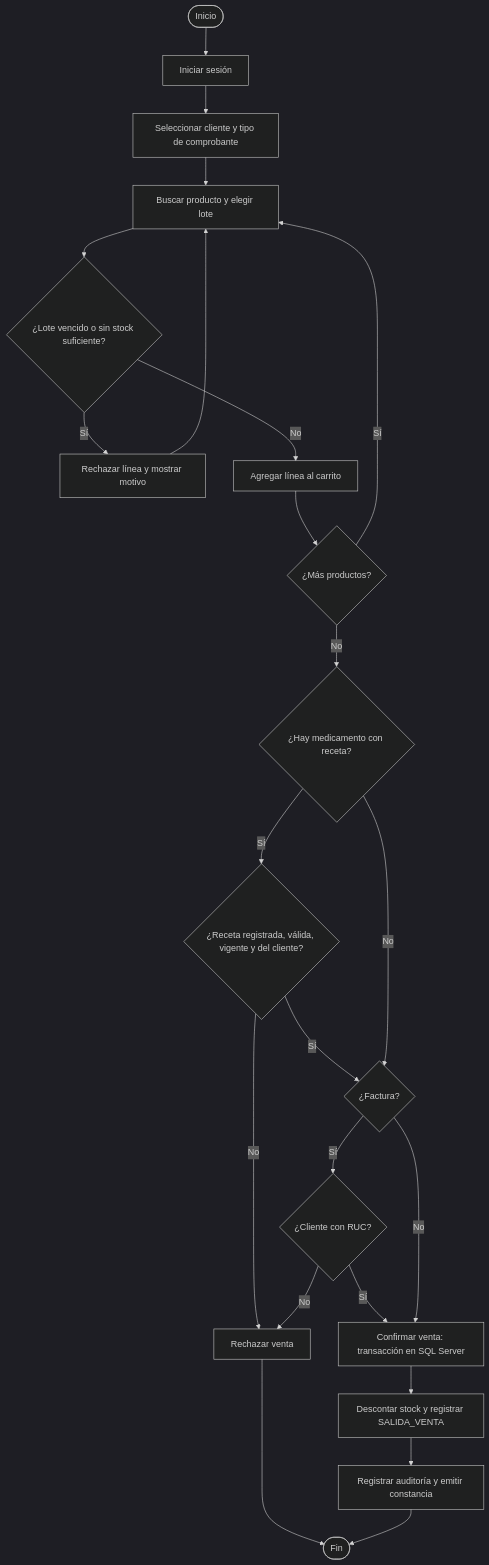
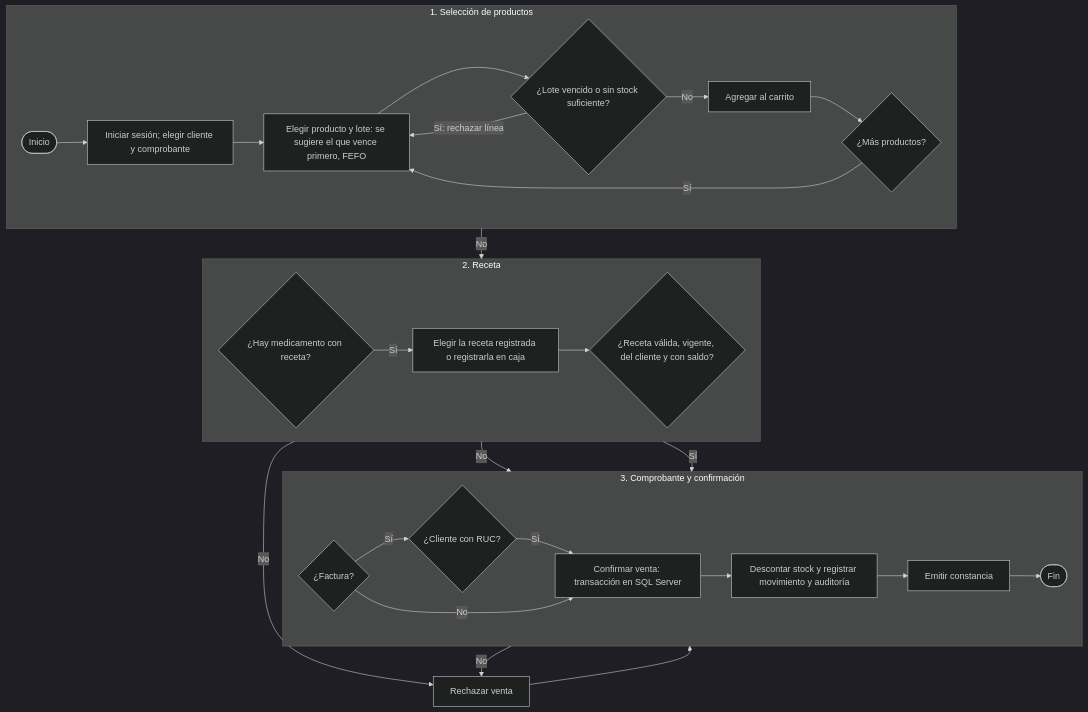
One commit to angelonavarroxd23-lab/Farma-Control changed the diagram in docs/diagramas/src/actividad_venta.mmd. Above: the diagram before and after it, drawn with Mermaid (dark theme). The commit also changed 24 other files, not shown here.

First line of the commit message:
Diagramas actualizados a v2.1: 17 tablas/28 FK, MVC, receta en caja, lote/proveedor en compra, reposicion, estados de orden

```diff
--- a/docs/diagramas/src/actividad_venta.mmd
+++ b/docs/diagramas/src/actividad_venta.mmd
@@ -1,21 +1,26 @@
-flowchart TD
-A([Inicio]) --> B[Iniciar sesión]
-B --> C[Seleccionar cliente y tipo de comprobante]
-C --> D[Buscar producto y elegir lote]
+%%{init: {'flowchart': {'nodeSpacing': 28, 'rankSpacing': 30}}}%%
+flowchart TB
+subgraph S1[1. Selección de productos]
+direction LR
+A([Inicio]) --> B[Iniciar sesión; elegir cliente y comprobante] --> D[Elegir producto y lote: se sugiere el que vence primero, FEFO]
 D --> E{¿Lote vencido o sin stock suficiente?}
-E -- Sí --> F[Rechazar línea y mostrar motivo] --> D
-E -- No --> G[Agregar línea al carrito]
-G --> H{¿Más productos?}
+E -- No --> G[Agregar al carrito] --> H{¿Más productos?}
+end
+subgraph S2[2. Receta]
+direction LR
+I{¿Hay medicamento con receta?} -- Sí --> R1[Elegir la receta registrada o registrarla en caja] --> J{¿Receta válida, vigente, del cliente y con saldo?}
+end
+subgraph S3[3. Comprobante y confirmación]
+direction LR
+L{¿Factura?} -- Sí --> M{¿Cliente con RUC?}
+M -- Sí --> N[Confirmar venta: transacción en SQL Server] --> O[Descontar stock y registrar movimiento y auditoría] --> P[Emitir constancia] --> Z([Fin])
+end
+E -- Sí: rechazar línea --> D
 H -- Sí --> D
-H -- No --> I{¿Hay medicamento con receta?}
-I -- Sí --> J{¿Receta registrada, válida, vigente y del cliente?}
-J -- No --> K[Rechazar venta] --> Z([Fin])
+H -- No --> I
+I -- No --> L
 J -- Sí --> L
-I -- No --> L{¿Factura?}
-L -- Sí --> M{¿Cliente con RUC?}
+J -- No --> K[Rechazar venta]
 M -- No --> K
-M -- Sí --> N
-L -- No --> N[Confirmar venta: transacción en SQL Server]
-N --> O[Descontar stock y registrar SALIDA_VENTA]
-O --> P[Registrar auditoría y emitir constancia]
-P --> Z
+L -- No --> N
+K --> Z
```
